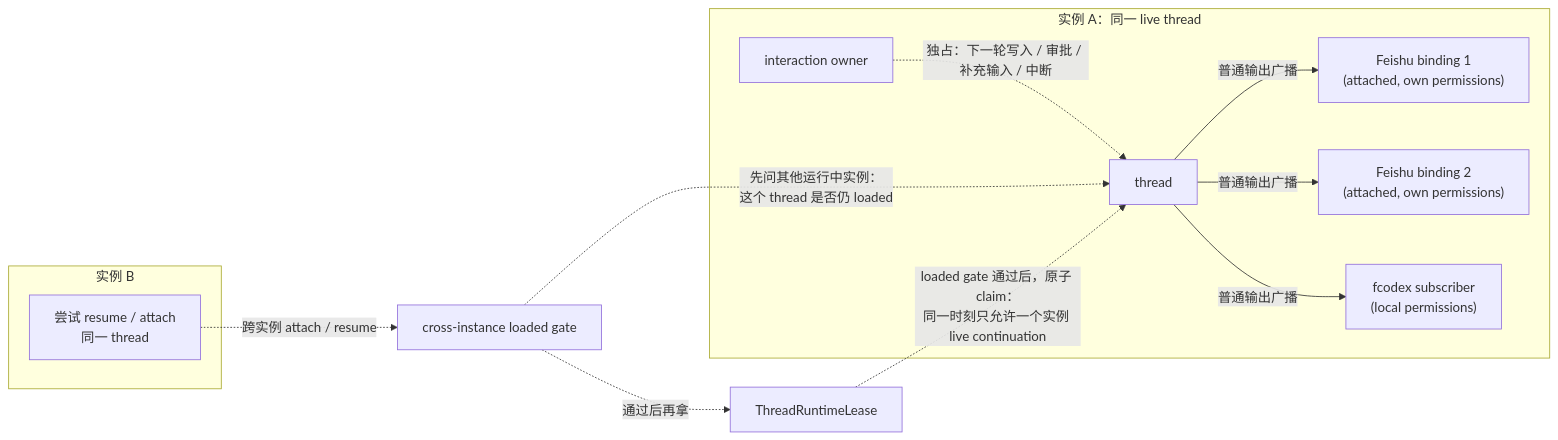
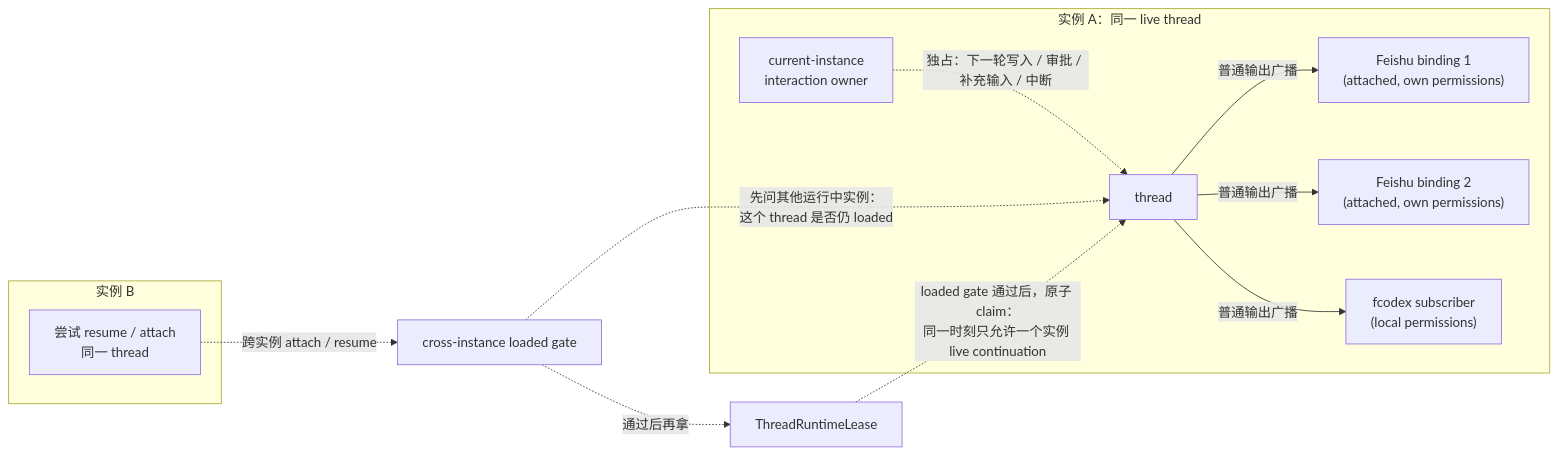
The second of 2 diagrams in README.md (ZichaoLong/focus), drawn with Mermaid before and after one commit. The commit also changed other lines of this file and 10 other files, not shown here.

Commit message:
Clarify current-instance interaction owner scope

````diff
--- a/README.md
+++ b/README.md
@@ -297,28 +297,28 @@
 ```mermaid
 flowchart LR
   subgraph A["实例 A：同一 live thread"]
     F1["Feishu binding 1<br/>(attached, own permissions)"]
     F2["Feishu binding 2<br/>(attached, own permissions)"]
     TUI["fcodex subscriber<br/>(local permissions)"]
     Thread["thread"]
-    Owner["interaction owner"]
+    Owner["current-instance<br/>interaction owner"]
   end
 
   subgraph B["实例 B"]
     Other["尝试 resume / attach<br/>同一 thread"]
   end
 
   Gate["cross-instance loaded gate"]
   Lease["ThreadRuntimeLease"]
 
   Thread -->|"普通输出广播"| F1
   Thread -->|"普通输出广播"| F2
   Thread -->|"普通输出广播"| TUI
 
   Owner -. "独占：下一轮写入 / 审批 / 补充输入 / 中断" .-> Thread
 
   Gate -. "先问其他运行中实例：<br/>这个 thread 是否仍 loaded" .-> Thread
   Lease -. "loaded gate 通过后，原子 claim：<br/>同一时刻只允许一个实例 live continuation" .-> Thread
   Other -. "跨实例 attach / resume" .-> Gate
   Gate -. "通过后再拿" .-> Lease
 ```
````
